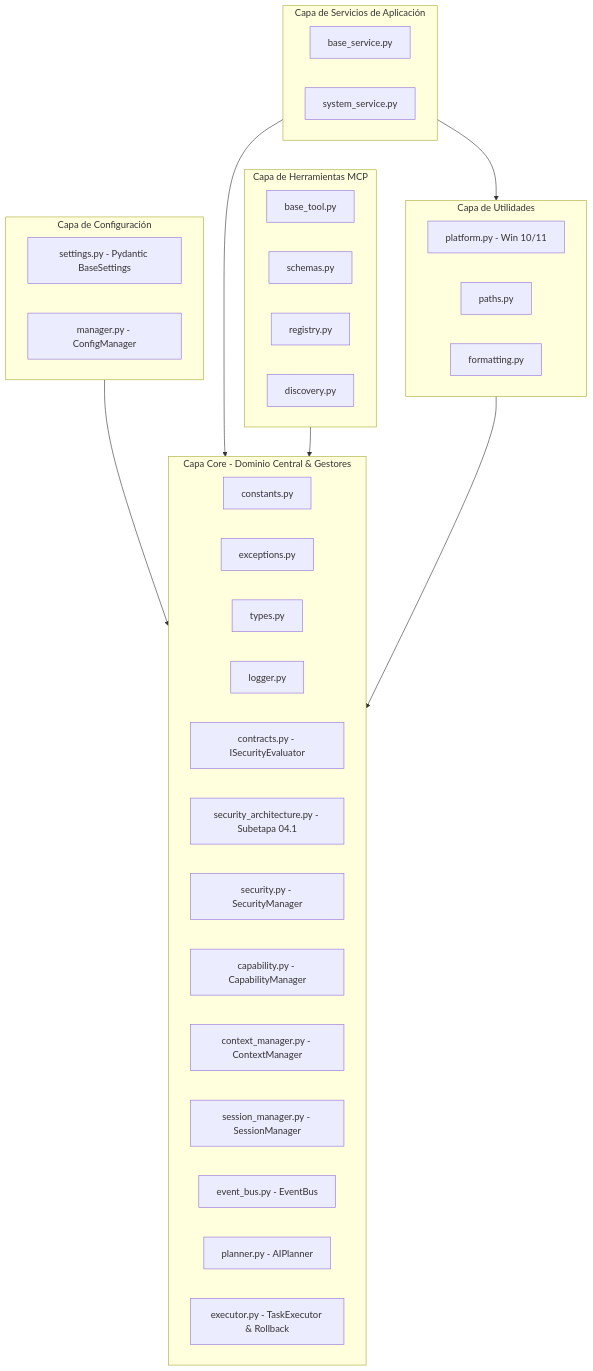
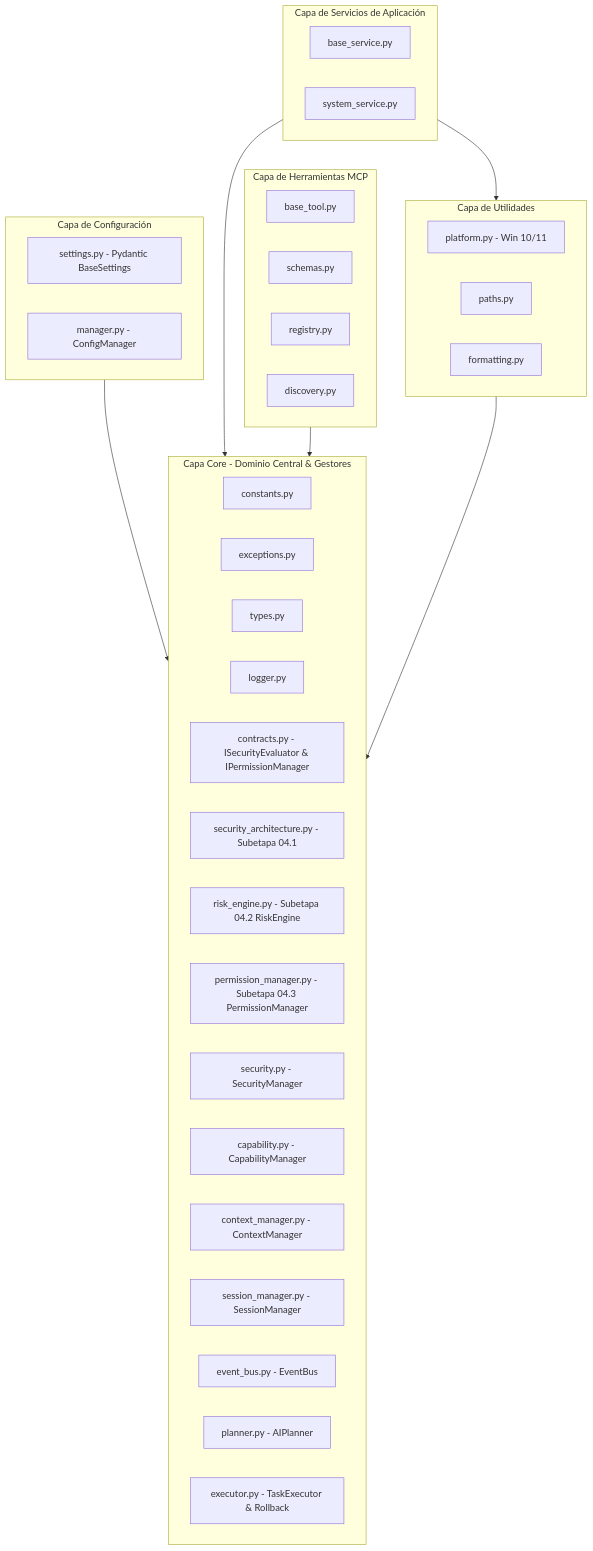
One commit to leeon003/asistente-jessyca changed the diagram in docs/architecture.md. Above: the diagram before and after it, drawn with Mermaid. The commit also changed other lines of this file and 5 other files, not shown here.

Commit message:
feat(security): implement permission manager

````diff
--- a/docs/architecture.md
+++ b/docs/architecture.md
@@ -13,47 +13,49 @@
 ```mermaid
 graph TD
     subgraph Core [Capa Core - Dominio Central & Gestores]
         Constants[constants.py]
         Exceptions[exceptions.py]
         Types[types.py]
         Logger[logger.py]
-        Contracts[contracts.py - ISecurityEvaluator]
+        Contracts[contracts.py - ISecurityEvaluator & IPermissionManager]
         SecurityArch[security_architecture.py - Subetapa 04.1]
+        RiskEngine[risk_engine.py - Subetapa 04.2 RiskEngine]
+        PermManager[permission_manager.py - Subetapa 04.3 PermissionManager]
         Security[security.py - SecurityManager]
         Capability[capability.py - CapabilityManager]
         Context[context_manager.py - ContextManager]
         Session[session_manager.py - SessionManager]
         EventBus[event_bus.py - EventBus]
         Planner[planner.py - AIPlanner]
         Executor[executor.py - TaskExecutor & Rollback]
     end
 
     subgraph Config [Capa de Configuración]
         Settings[settings.py - Pydantic BaseSettings]
         Manager[manager.py - ConfigManager]
     end
 
     subgraph Services [Capa de Servicios de Aplicación]
         BaseService[base_service.py]
         SystemService[system_service.py]
     end
 
     subgraph Tools [Capa de Herramientas MCP]
         BaseTool[base_tool.py]
         Schemas[schemas.py]
         Registry[registry.py]
         Discovery[discovery.py]
     end
 
     subgraph Utils [Capa de Utilidades]
         Platform[platform.py - Win 10/11]
         Paths[paths.py]
         Formatting[formatting.py]
     end
 
     Config --> Core
     Services --> Core
     Services --> Utils
     Tools --> Core
     Utils --> Core
 ```
````
